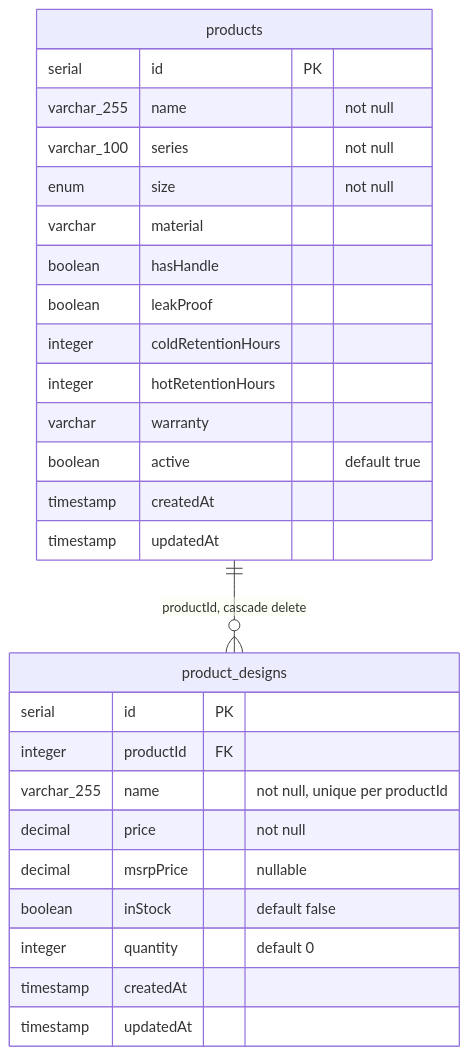
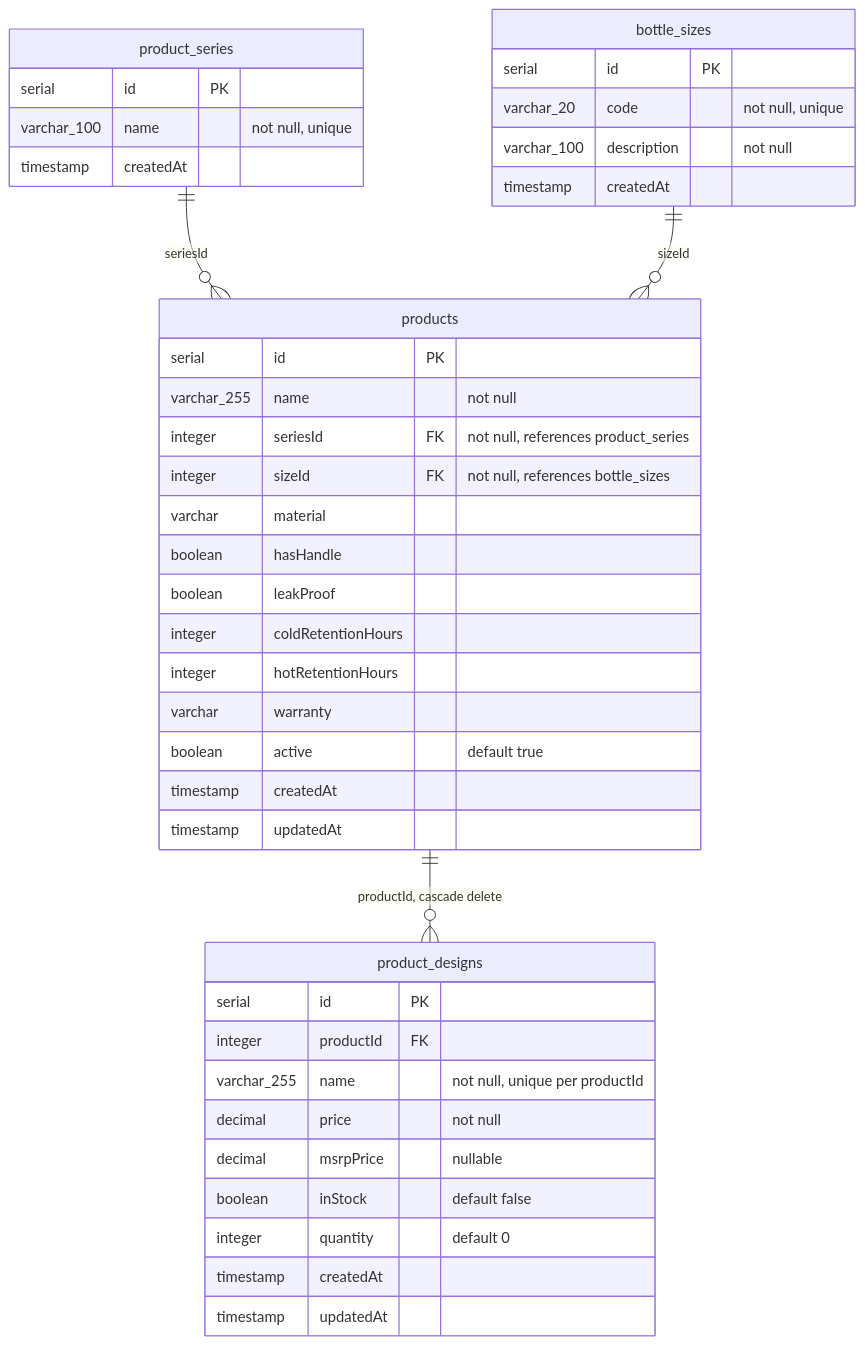
The first of 2 diagrams in markdown files/debugging/Products_Data_Model.md (usiel667/barbs-bottles), drawn with Mermaid before and after one commit. The commit also changed other lines of this file and 10 other files, not shown here.

````diff
--- a/markdown files/debugging/Products_Data_Model.md
+++ b/markdown files/debugging/Products_Data_Model.md
@@ -10,30 +12,43 @@
 ```mermaid
 erDiagram
     products ||--o{ product_designs : "productId, cascade delete"
+    product_series ||--o{ products : "seriesId"
+    bottle_sizes ||--o{ products : "sizeId"
     products {
         serial id PK
         varchar_255 name "not null"
-        varchar_100 series "not null"
-        enum size "not null"
+        integer seriesId FK "not null, references product_series"
+        integer sizeId FK "not null, references bottle_sizes"
         varchar material
         boolean hasHandle
         boolean leakProof
         integer coldRetentionHours
         integer hotRetentionHours
         varchar warranty
         boolean active "default true"
         timestamp createdAt
         timestamp updatedAt
     }
     product_designs {
         serial id PK
         integer productId FK
         varchar_255 name "not null, unique per productId"
         decimal price "not null"
         decimal msrpPrice "nullable"
         boolean inStock "default false"
         integer quantity "default 0"
         timestamp createdAt
         timestamp updatedAt
     }
+    product_series {
+        serial id PK
+        varchar_100 name "not null, unique"
+        timestamp createdAt
+    }
+    bottle_sizes {
+        serial id PK
+        varchar_20 code "not null, unique"
+        varchar_100 description "not null"
+        timestamp createdAt
+    }
 ```
````
